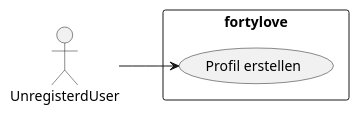
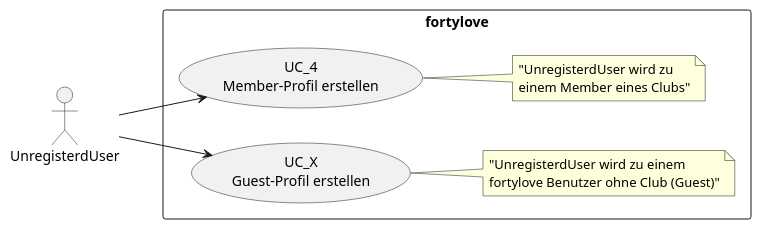
Before and after one commit to incrediblybadcoder/fortylove: the diagram in documents/design/usecases/UseCasesUnregisteredUser.puml, drawn with PlantUML. The commit also changed 4 other files, not shown here.

Commit message:
#85 UnregisteredUser, Guest und Member klarer Spezifiziert #85 Use cases für Unregistered User überarbeitet

```diff
--- a/documents/design/usecases/UseCasesUnregisteredUser.puml
+++ b/documents/design/usecases/UseCasesUnregisteredUser.puml
@@ -1,8 +1,11 @@
 @startuml
 left to right direction
 actor "UnregisterdUser" as Actor
 rectangle fortylove {
-    Actor --> (Profil erstellen)
+    Actor --> (UC_4\nMember-Profil erstellen)
+    note right: "UnregisterdUser wird zu \neinem Member eines Clubs"
+        Actor --> (UC_X\nGuest-Profil erstellen)
+        note right: "UnregisterdUser wird zu einem \nfortylove Benutzer ohne Club (Guest)"
 }
 
 @enduml
```
